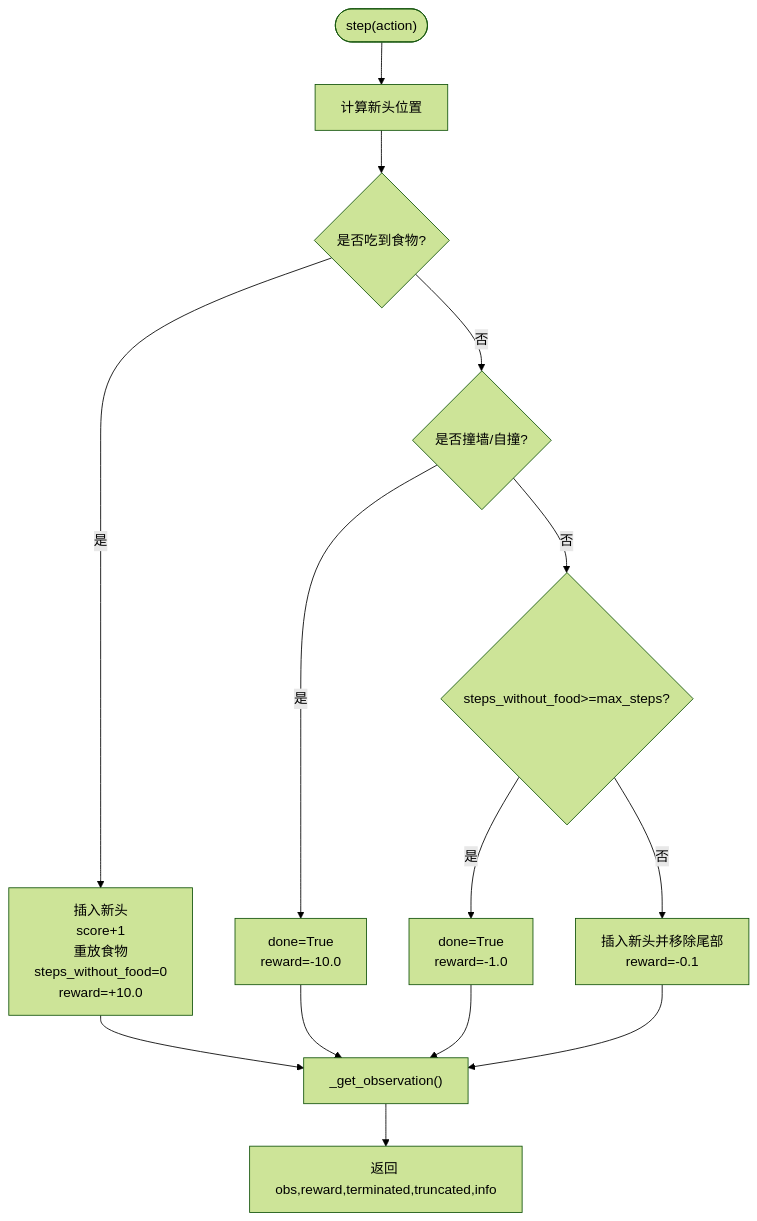
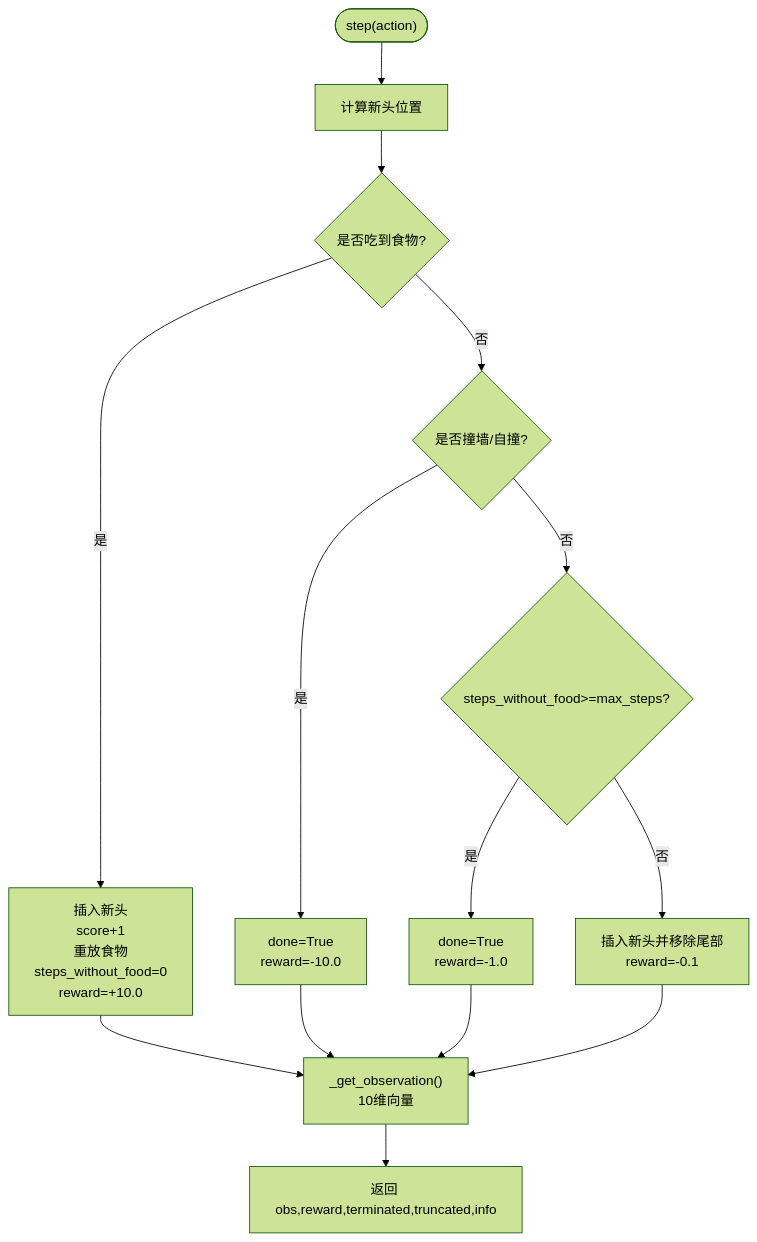
Before and after one commit to fuweiq94-cloud/3399180760000: the third of 4 diagrams in .qoder/repowiki/zh/content/贪吃蛇游戏环境.md, drawn with Mermaid (forest theme). The commit also changed other lines of this file and 146 other files, not shown here.

````diff
--- a/.qoder/repowiki/zh/content/贪吃蛇游戏环境.md
+++ b/.qoder/repowiki/zh/content/贪吃蛇游戏环境.md
@@ -146,16 +158,16 @@
 ```mermaid
 flowchart TD
 Start(["step(action)"]) --> Move["计算新头位置"]
 Move --> CheckFood{"是否吃到食物?"}
 CheckFood --> |是| Eat["插入新头<br/>score+1<br/>重放食物<br/>steps_without_food=0<br/>reward=+10.0"]
 CheckFood --> |否| Collision{"是否撞墙/自撞?"}
 Collision --> |是| Die["done=True<br/>reward=-10.0"]
 Collision --> |否| Timeout{"steps_without_food>=max_steps?"}
 Timeout --> |是| TimeoutDie["done=True<br/>reward=-1.0"]
 Timeout --> |否| Normal["插入新头并移除尾部<br/>reward=-0.1"]
-Eat --> Obs["_get_observation()"]
+Eat --> Obs["_get_observation()<br/>10维向量"]
 Die --> Obs
 TimeoutDie --> Obs
 Normal --> Obs
 Obs --> Return["返回 obs,reward,terminated,truncated,info"]
 ```
````
